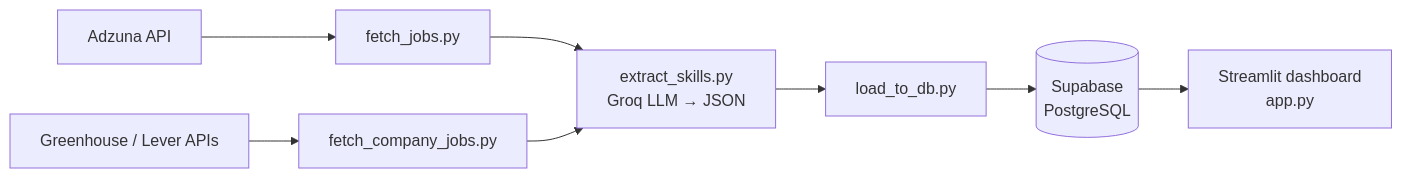
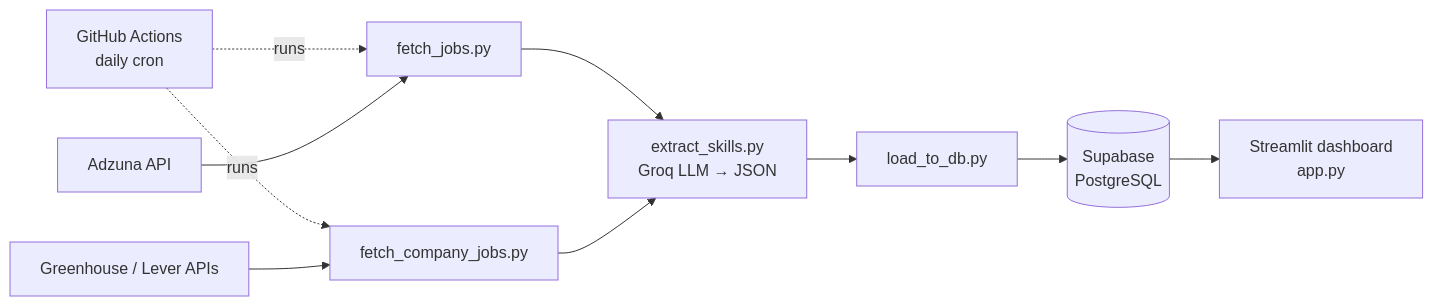
The diagram in README.md (sanjanajagarapu1-dotcom/job-market-intelligence), drawn with Mermaid before and after one commit. The commit also changed other lines of this file and 4 other files, not shown here.

````diff
--- a/README.md
+++ b/README.md
@@ -17,10 +20,12 @@
 ```mermaid
 flowchart LR
+    S[GitHub Actions<br/>daily cron] -.runs.-> C
+    S -.runs.-> D
     A[Adzuna API] --> C[fetch_jobs.py]
     B[Greenhouse / Lever APIs] --> D[fetch_company_jobs.py]
     C --> E[extract_skills.py<br/>Groq LLM → JSON]
     D --> E
     E --> F[load_to_db.py]
     F --> G[(Supabase<br/>PostgreSQL)]
     G --> H[Streamlit dashboard<br/>app.py]
 ```
````
